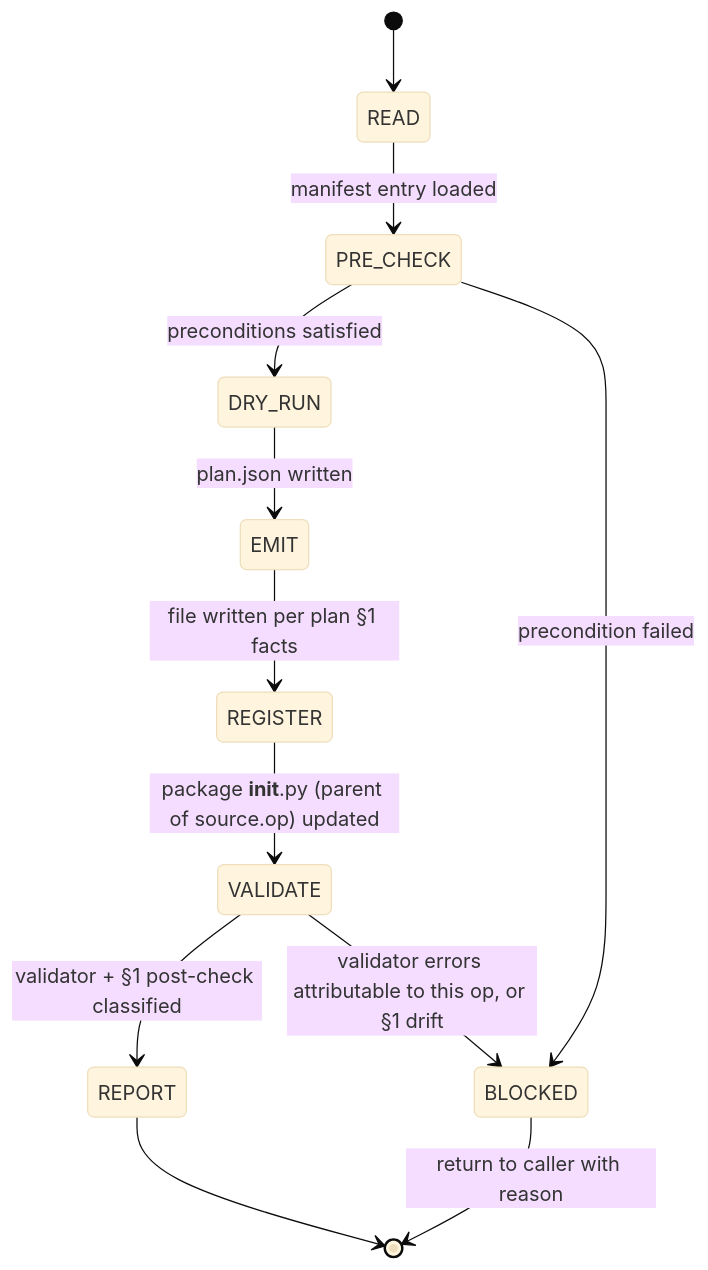
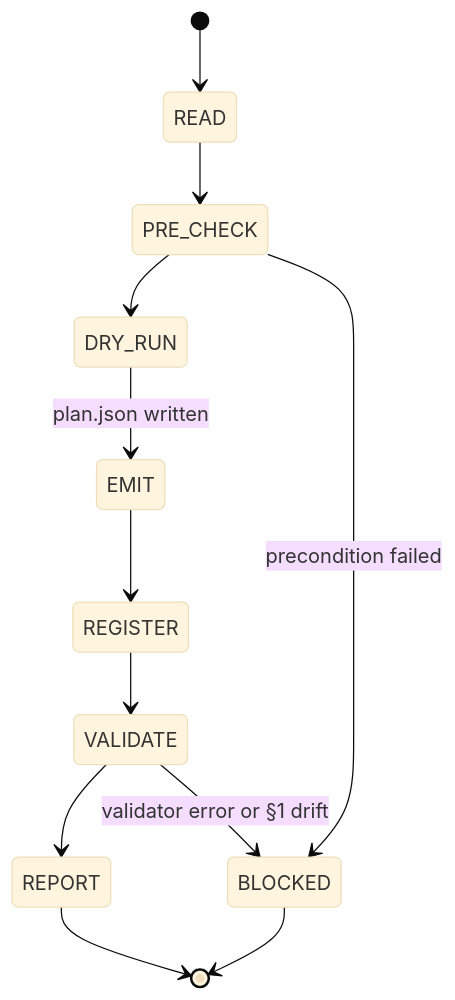
One commit to tile-ai/TileOPs changed the diagram in .claude/skills/scaffold-op/SKILL.md. Above: the diagram before and after it, drawn with Mermaid (base theme). The commit also changed other lines of this file and 8 other files, not shown here.

````diff
--- a/.claude/skills/scaffold-op/SKILL.md
+++ b/.claude/skills/scaffold-op/SKILL.md
@@ -25,14 +25,14 @@
 ```mermaid
 stateDiagram-v2
     [*] --> READ
-    READ --> PRE_CHECK: manifest entry loaded
-    PRE_CHECK --> DRY_RUN: preconditions satisfied
+    READ --> PRE_CHECK
+    PRE_CHECK --> DRY_RUN
     PRE_CHECK --> BLOCKED: precondition failed
     DRY_RUN --> EMIT: plan.json written
-    EMIT --> REGISTER: file written per plan §1 facts
-    REGISTER --> VALIDATE: package __init__.py (parent of source.op) updated
-    VALIDATE --> REPORT: validator + §1 post-check classified
-    VALIDATE --> BLOCKED: validator errors attributable to this op, or §1 drift
+    EMIT --> REGISTER
+    REGISTER --> VALIDATE
+    VALIDATE --> REPORT
+    VALIDATE --> BLOCKED: validator error or §1 drift
     REPORT --> [*]
-    BLOCKED --> [*]: return to caller with reason
+    BLOCKED --> [*]
 ```
````
